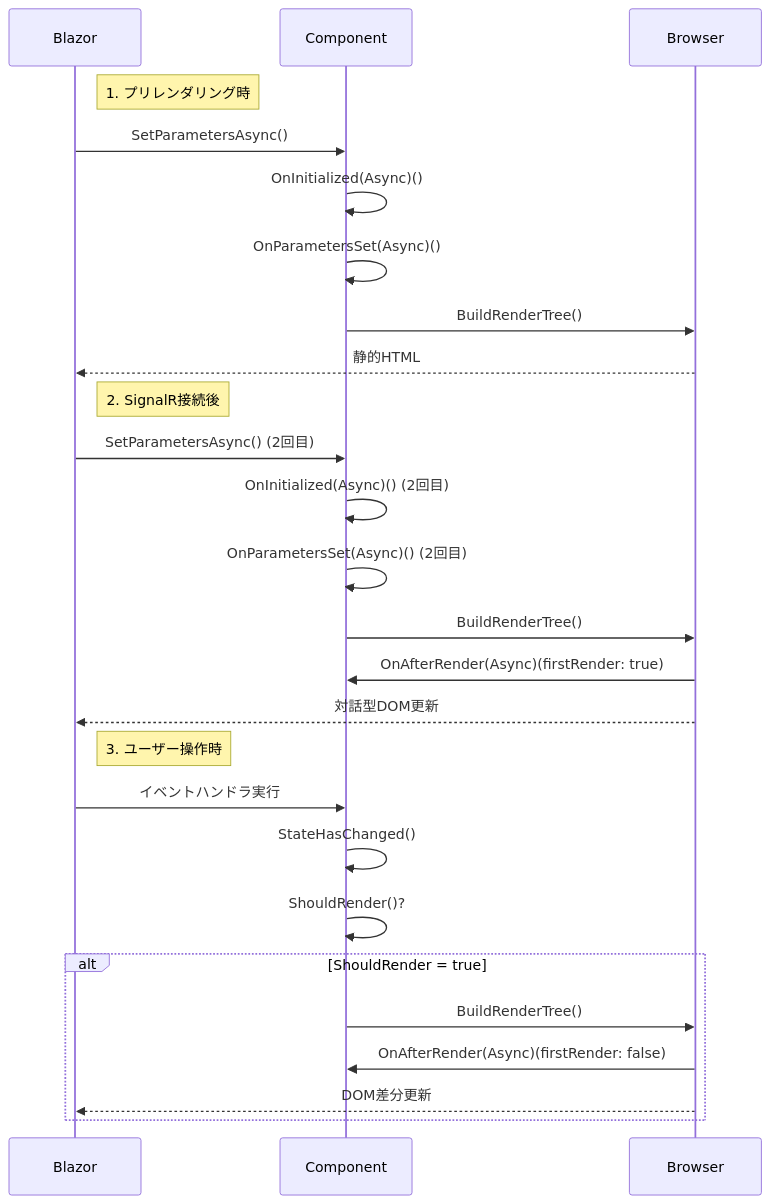
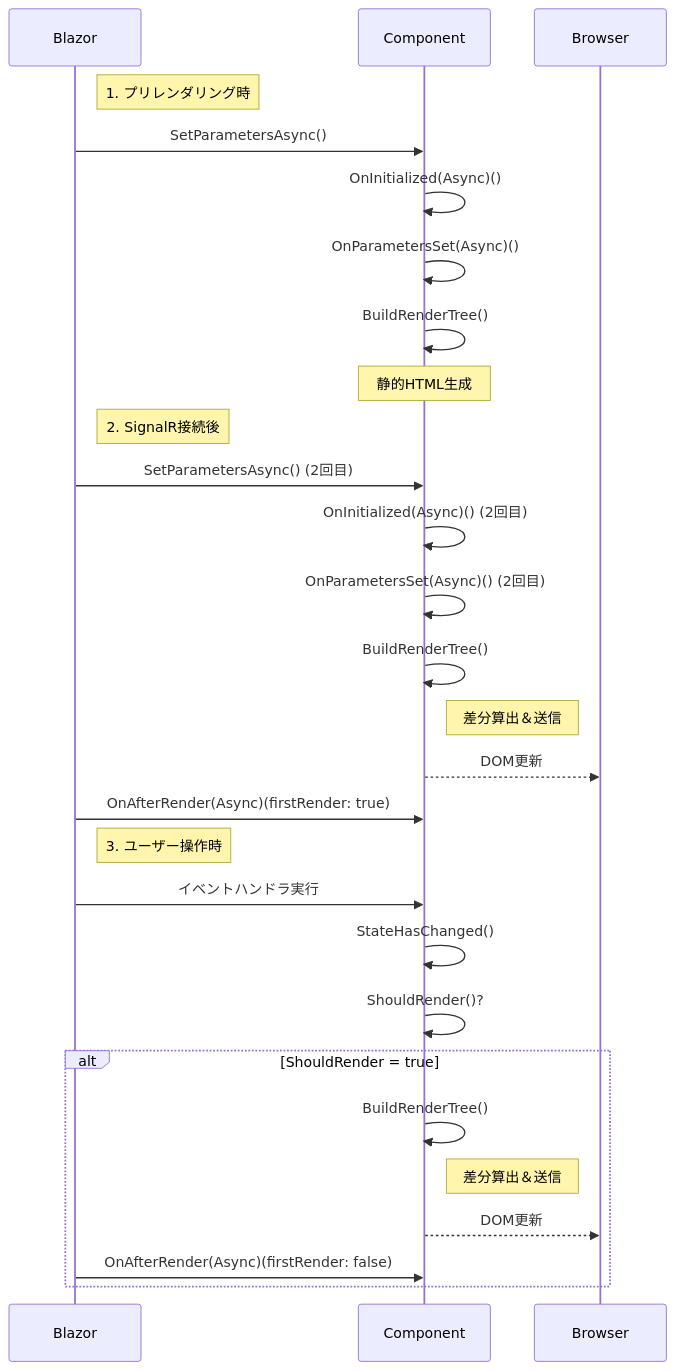
The second of 2 diagrams in articles/blazor-component-lifecycle.md (pixcelo/zenn-content), drawn with Mermaid before and after one commit. The commit also changed other lines of this file, not shown here.

Commit message:
fix: ライフサイクル図の技術的正確性を向上
AIレビュー指摘への対応:

1. BuildRenderTree の矢印を修正
   - 変更前: Component->>Browser: BuildRenderTree()
   - 変更後: Component->>Component: BuildRenderTree()
   - 理由: BuildRenderTreeはサーバー内部でHTMLを組み立てる処理

2. DOM更新の流れを明示
   - 追加: Note right of Component: 差分算出＆送信
   - 追加: Component-->>Browser: DOM更新
   - 理由: BuildRenderTree後にブラウザへ送信される流れを可視化

3. OnAfterRender の呼び出し元を修正
   - 変更前: Browser->>Component: OnAfterRender(...)
   - 変更後: Blazor->>Component: OnAfterRender(...)
   - 理由: ライフサイクルメソッドを呼び出すのはBlazorフレームワーク

技術的に正確で、入門者にも分かりやすいシーケンス図に改善

````diff
--- a/articles/blazor-component-lifecycle.md
+++ b/articles/blazor-component-lifecycle.md
@@ -65,31 +68,33 @@
 ```mermaid
 sequenceDiagram
     participant Blazor
     participant Component
     participant Browser
 
     note right of Blazor: 1. プリレンダリング時
     Blazor->>Component: SetParametersAsync()
     Component->>Component: OnInitialized(Async)()
     Component->>Component: OnParametersSet(Async)()
-    Component->>Browser: BuildRenderTree()
-    Browser-->>Blazor: 静的HTML
+    Component->>Component: BuildRenderTree()
+    Note over Component: 静的HTML生成
 
     note right of Blazor: 2. SignalR接続後
     Blazor->>Component: SetParametersAsync() (2回目)
     Component->>Component: OnInitialized(Async)() (2回目)
     Component->>Component: OnParametersSet(Async)() (2回目)
-    Component->>Browser: BuildRenderTree()
-    Browser->>Component: OnAfterRender(Async)(firstRender: true)
-    Browser-->>Blazor: 対話型DOM更新
+    Component->>Component: BuildRenderTree()
+    Note right of Component: 差分算出＆送信
+    Component-->>Browser: DOM更新
+    Blazor->>Component: OnAfterRender(Async)(firstRender: true)
 
     note right of Blazor: 3. ユーザー操作時
     Blazor->>Component: イベントハンドラ実行
     Component->>Component: StateHasChanged()
     Component->>Component: ShouldRender()?
     alt ShouldRender = true
-        Component->>Browser: BuildRenderTree()
-        Browser->>Component: OnAfterRender(Async)(firstRender: false)
-        Browser-->>Blazor: DOM差分更新
+        Component->>Component: BuildRenderTree()
+        Note right of Component: 差分算出＆送信
+        Component-->>Browser: DOM更新
+        Blazor->>Component: OnAfterRender(Async)(firstRender: false)
     end
 ```
````
